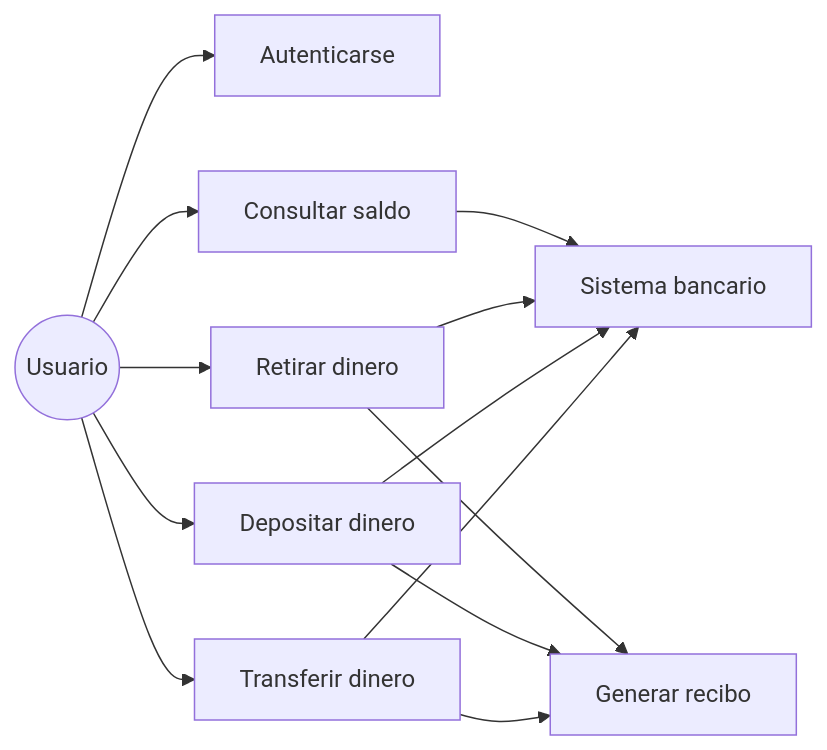
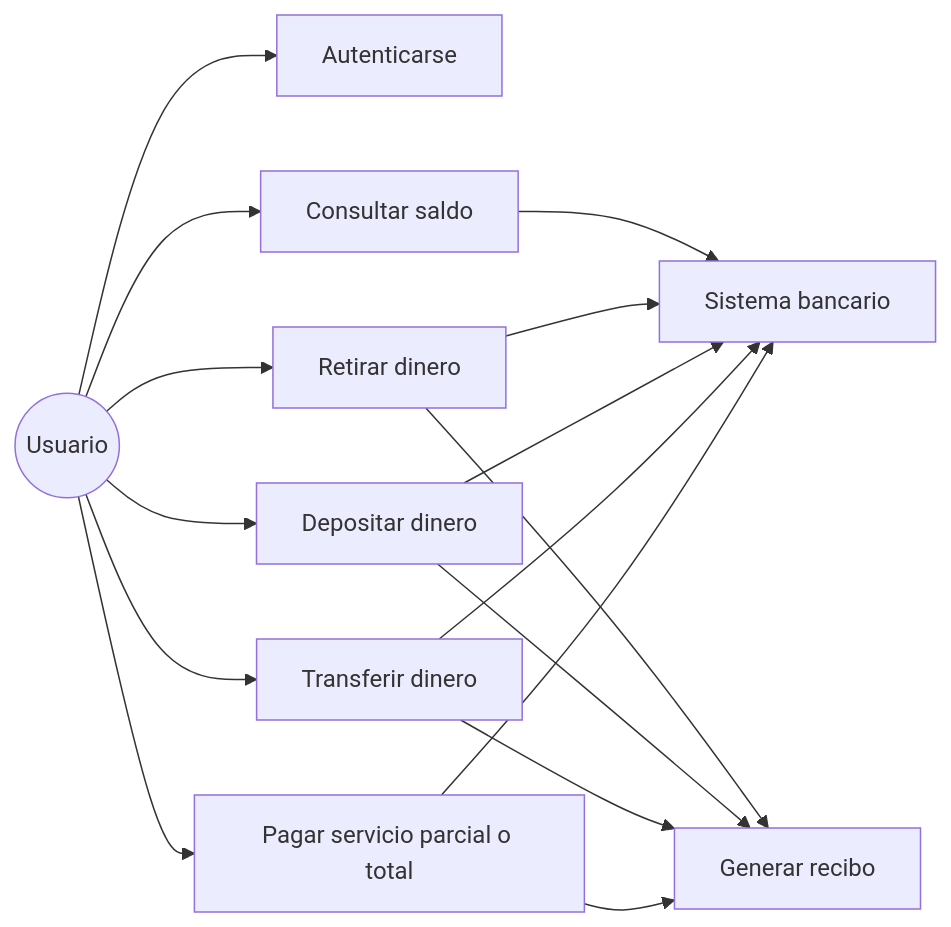
Before and after one commit to alexeiiw/programacion2-umg: the second of 5 diagrams in CajeroAutomatico/diagramas.md, drawn with Mermaid. The commit also changed other lines of this file and 16 other files, not shown here.

````diff
--- a/CajeroAutomatico/diagramas.md
+++ b/CajeroAutomatico/diagramas.md
@@ -93,24 +132,28 @@
 ```mermaid
 flowchart LR
     Usuario((Usuario))
     Autenticarse[Autenticarse]
     Consultar[Consultar saldo]
     Retirar[Retirar dinero]
     Depositar[Depositar dinero]
     Transferir[Transferir dinero]
+    PagarServicio[Pagar servicio parcial o total]
     Recibo[Generar recibo]
     Banco[Sistema bancario]
 
     Usuario --> Autenticarse
     Usuario --> Consultar
     Usuario --> Retirar
     Usuario --> Depositar
     Usuario --> Transferir
+    Usuario --> PagarServicio
     Consultar --> Banco
     Retirar --> Banco
     Depositar --> Banco
     Transferir --> Banco
+    PagarServicio --> Banco
     Retirar --> Recibo
     Depositar --> Recibo
     Transferir --> Recibo
+    PagarServicio --> Recibo
 ```
````
